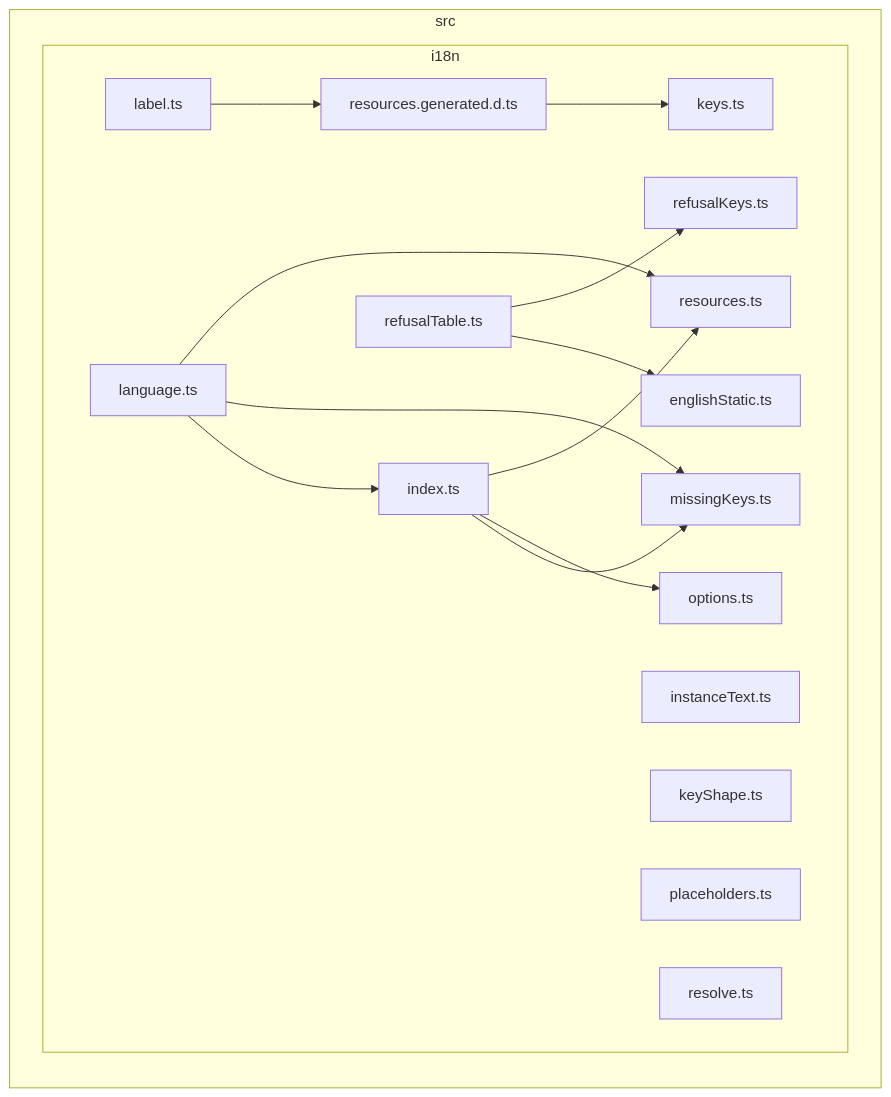
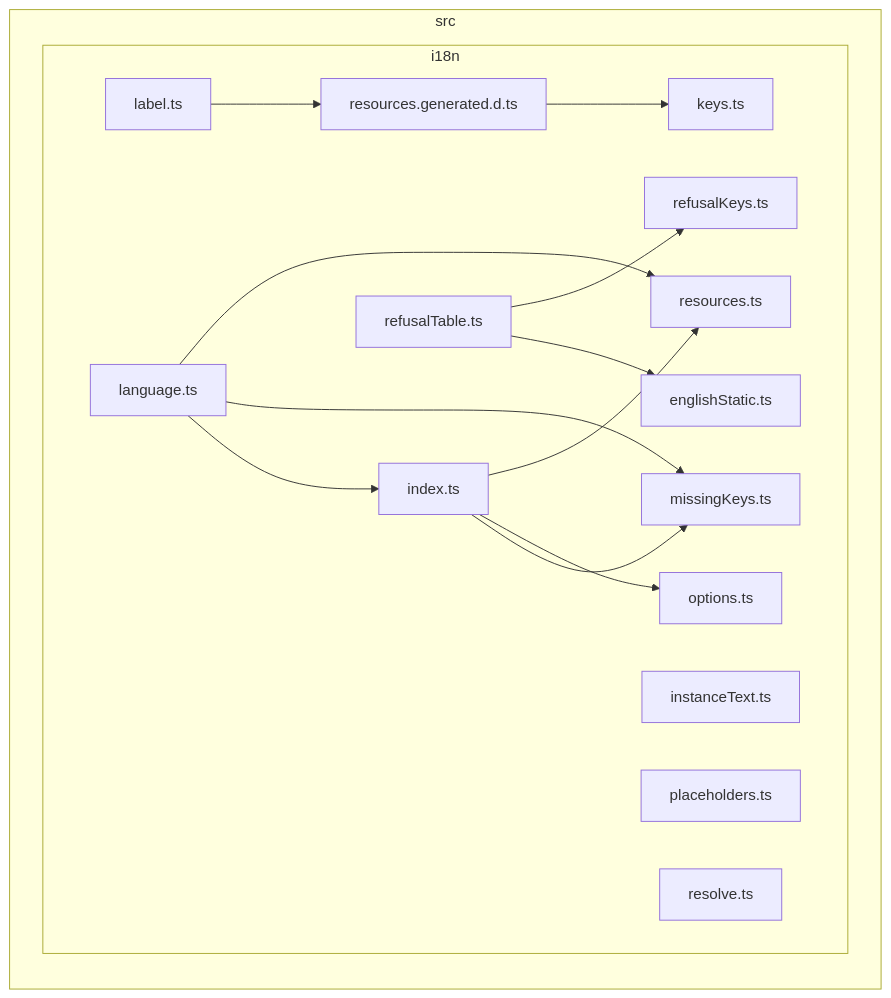
The diagram in docs/architecture/generated/front-modules/i18n.md (GonzaloZevallos/apostrophe), drawn with Mermaid before and after one commit. The commit also changed 1 other file, not shown here.

Commit message:
Exclude i18n/keyShape.ts from the front module graph: only tests import it until the later guard parts
CI's tests/docs/test_front.py refused a source file imported only by tests.

````diff
--- a/docs/architecture/generated/front-modules/i18n.md
+++ b/docs/architecture/generated/front-modules/i18n.md
@@ -7,32 +7,31 @@
 ```mermaid
 flowchart LR
 subgraph src["src"]
   subgraph src_i18n["i18n"]
     src_i18n_englishStatic_ts["englishStatic.ts"]
     src_i18n_index_ts["index.ts"]
     src_i18n_instanceText_ts["instanceText.ts"]
-    src_i18n_keyShape_ts["keyShape.ts"]
     src_i18n_keys_ts["keys.ts"]
     src_i18n_label_ts["label.ts"]
     src_i18n_language_ts["language.ts"]
     src_i18n_missingKeys_ts["missingKeys.ts"]
     src_i18n_options_ts["options.ts"]
     src_i18n_placeholders_ts["placeholders.ts"]
     src_i18n_refusalKeys_ts["refusalKeys.ts"]
     src_i18n_refusalTable_ts["refusalTable.ts"]
     src_i18n_resolve_ts["resolve.ts"]
     src_i18n_resources_generated_d_ts["resources.generated.d.ts"]
     src_i18n_resources_ts["resources.ts"]
   end
 end
 src_i18n_index_ts-->src_i18n_missingKeys_ts
 src_i18n_index_ts-->src_i18n_options_ts
 src_i18n_index_ts-->src_i18n_resources_ts
 src_i18n_label_ts-->src_i18n_resources_generated_d_ts
 src_i18n_language_ts-->src_i18n_index_ts
 src_i18n_language_ts-->src_i18n_missingKeys_ts
 src_i18n_language_ts-->src_i18n_resources_ts
 src_i18n_refusalTable_ts-->src_i18n_englishStatic_ts
 src_i18n_refusalTable_ts-->src_i18n_refusalKeys_ts
 src_i18n_resources_generated_d_ts-->src_i18n_keys_ts
 ```
````
